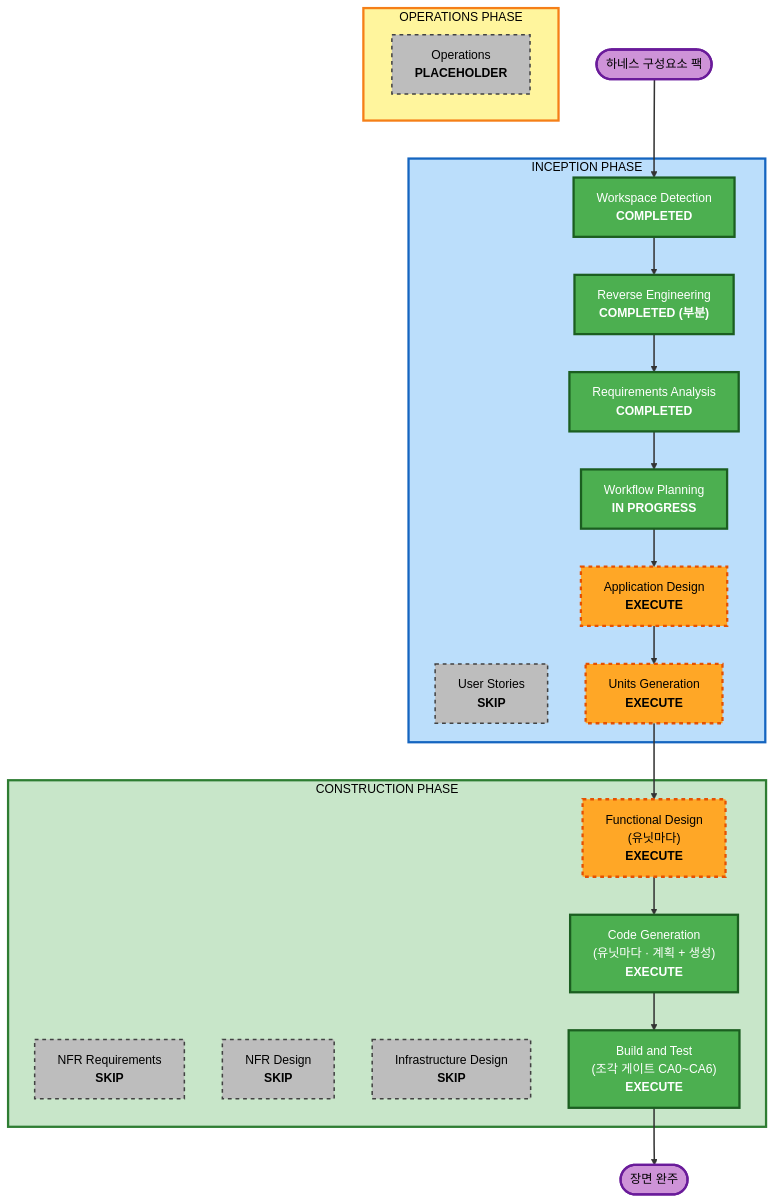
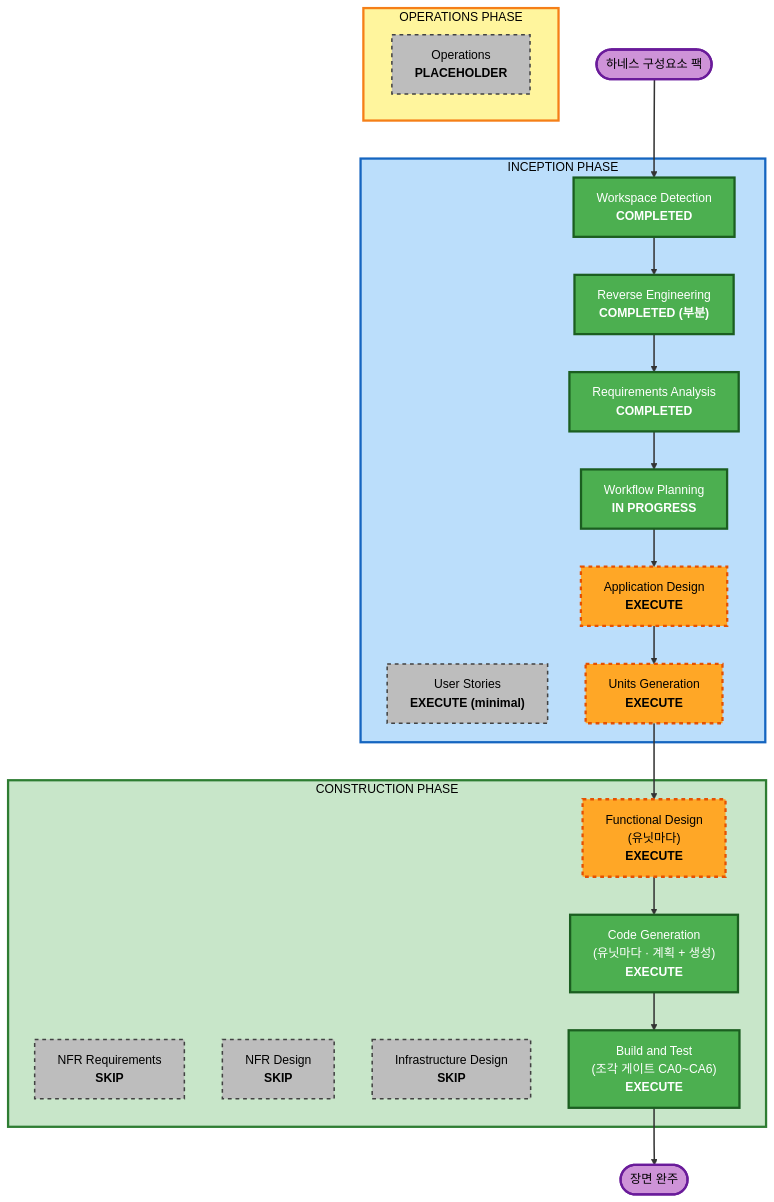
One commit to taeels/enode-fixup-project changed the diagram in aidlc-docs/v3-run-harness-components/inception/plans/execution-plan.md. Above: the diagram before and after it, drawn with Mermaid (base theme). The commit also changed 7 other files, not shown here.

````diff
--- a/aidlc-docs/v3-run-harness-components/inception/plans/execution-plan.md
+++ b/aidlc-docs/v3-run-harness-components/inception/plans/execution-plan.md
@@ -84,60 +84,60 @@
 ```mermaid
 flowchart TD
     Start(["하네스 구성요소 팩"])
 
     subgraph INCEPTION["INCEPTION PHASE"]
         WD["Workspace Detection<br/><b>COMPLETED</b>"]
         RE["Reverse Engineering<br/><b>COMPLETED (부분)</b>"]
         RA["Requirements Analysis<br/><b>COMPLETED</b>"]
-        US["User Stories<br/><b>SKIP</b>"]
+        US["User Stories<br/><b>EXECUTE (minimal)</b>"]
         WP["Workflow Planning<br/><b>IN PROGRESS</b>"]
         AD["Application Design<br/><b>EXECUTE</b>"]
         UG["Units Generation<br/><b>EXECUTE</b>"]
     end
 
     subgraph CONSTRUCTION["CONSTRUCTION PHASE"]
         FD["Functional Design<br/>(유닛마다)<br/><b>EXECUTE</b>"]
         NFRA["NFR Requirements<br/><b>SKIP</b>"]
         NFRD["NFR Design<br/><b>SKIP</b>"]
         ID["Infrastructure Design<br/><b>SKIP</b>"]
         CG["Code Generation<br/>(유닛마다 · 계획 + 생성)<br/><b>EXECUTE</b>"]
         BT["Build and Test<br/>(조각 게이트 CA0~CA6)<br/><b>EXECUTE</b>"]
     end
 
     subgraph OPERATIONS["OPERATIONS PHASE"]
         OPS["Operations<br/><b>PLACEHOLDER</b>"]
     end
 
     Start --> WD
     WD --> RE
     RE --> RA
     RA --> WP
     WP --> AD
     AD --> UG
     UG --> FD
     FD --> CG
     CG --> BT
     BT --> End(["장면 완주"])
 
     style WD fill:#4CAF50,stroke:#1B5E20,stroke-width:3px,color:#fff
     style RE fill:#4CAF50,stroke:#1B5E20,stroke-width:3px,color:#fff
     style RA fill:#4CAF50,stroke:#1B5E20,stroke-width:3px,color:#fff
     style WP fill:#4CAF50,stroke:#1B5E20,stroke-width:3px,color:#fff
     style CG fill:#4CAF50,stroke:#1B5E20,stroke-width:3px,color:#fff
     style BT fill:#4CAF50,stroke:#1B5E20,stroke-width:3px,color:#fff
     style AD fill:#FFA726,stroke:#E65100,stroke-width:3px,stroke-dasharray: 5 5,color:#000
     style UG fill:#FFA726,stroke:#E65100,stroke-width:3px,stroke-dasharray: 5 5,color:#000
     style FD fill:#FFA726,stroke:#E65100,stroke-width:3px,stroke-dasharray: 5 5,color:#000
     style US fill:#BDBDBD,stroke:#424242,stroke-width:2px,stroke-dasharray: 5 5,color:#000
     style NFRA fill:#BDBDBD,stroke:#424242,stroke-width:2px,stroke-dasharray: 5 5,color:#000
     style NFRD fill:#BDBDBD,stroke:#424242,stroke-width:2px,stroke-dasharray: 5 5,color:#000
     style ID fill:#BDBDBD,stroke:#424242,stroke-width:2px,stroke-dasharray: 5 5,color:#000
     style OPS fill:#BDBDBD,stroke:#424242,stroke-width:2px,stroke-dasharray: 5 5,color:#000
     style Start fill:#CE93D8,stroke:#6A1B9A,stroke-width:3px,color:#000
     style End fill:#CE93D8,stroke:#6A1B9A,stroke-width:3px,color:#000
     style INCEPTION fill:#BBDEFB,stroke:#1565C0,stroke-width:3px,color:#000
     style CONSTRUCTION fill:#C8E6C9,stroke:#2E7D32,stroke-width:3px,color:#000
     style OPERATIONS fill:#FFF59D,stroke:#F57F17,stroke-width:3px,color:#000
 
     linkStyle default stroke:#333,stroke-width:2px
 ```
````
